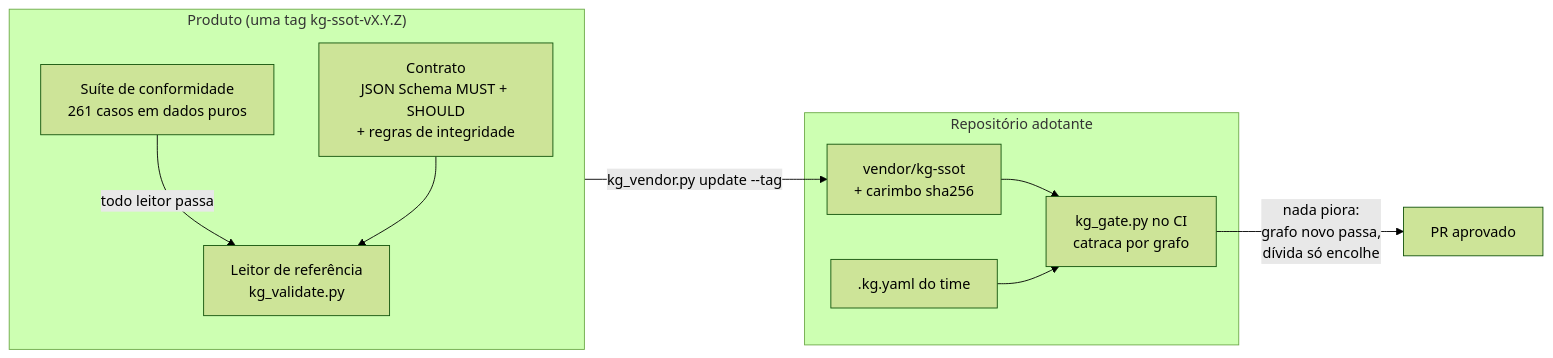
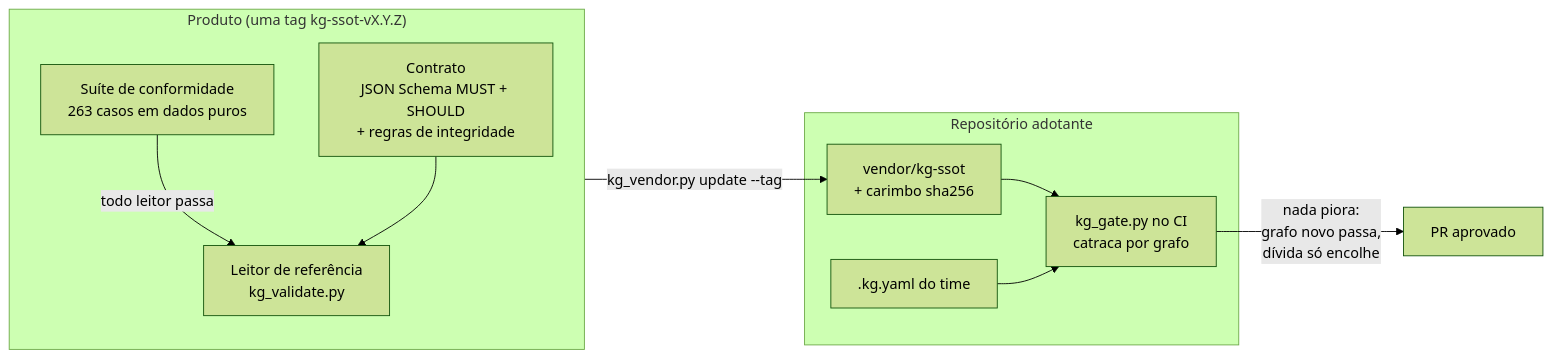
The diagram in README.md (marciocar/kg-ssot), drawn with Mermaid (forest theme) before and after one commit. The commit also changed other lines of this file and 29 other files, not shown here.

````diff
--- a/README.md
+++ b/README.md
@@ -89,19 +90,19 @@
 ```mermaid
 flowchart LR
   subgraph produto["Produto (uma tag kg-ssot-vX.Y.Z)"]
     C["Contrato<br/>JSON Schema MUST + SHOULD<br/>+ regras de integridade"]
-    S["Suíte de conformidade<br/>261 casos em dados puros"]
+    S["Suíte de conformidade<br/>263 casos em dados puros"]
     R["Leitor de referência<br/>kg_validate.py"]
     S -- "todo leitor passa" --> R
     C --> R
   end
   subgraph adotante["Repositório adotante"]
     V["vendor/kg-ssot<br/>+ carimbo sha256"]
     G["kg_gate.py no CI<br/>catraca por grafo"]
     K[".kg.yaml do time"]
     V --> G
     K --> G
   end
   produto -- "kg_vendor.py update --tag" --> V
   G -- "nada piora:<br/>grafo novo passa,<br/>dívida só encolhe" --> PR["PR aprovado"]
 ```
````
